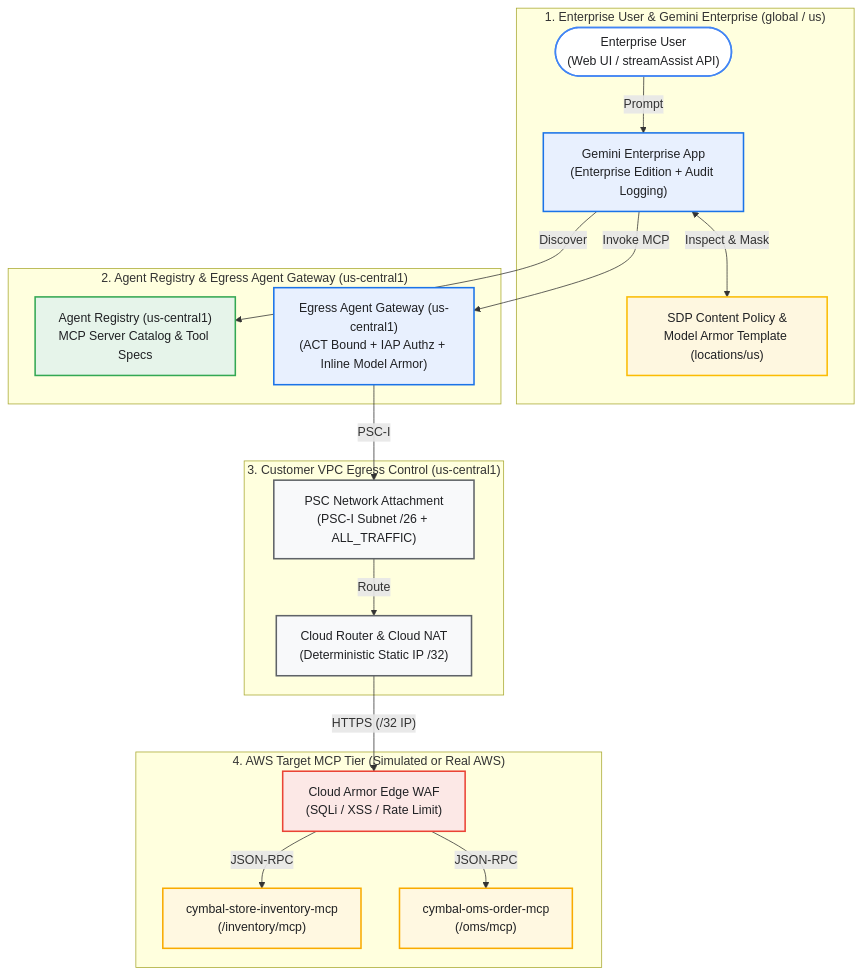
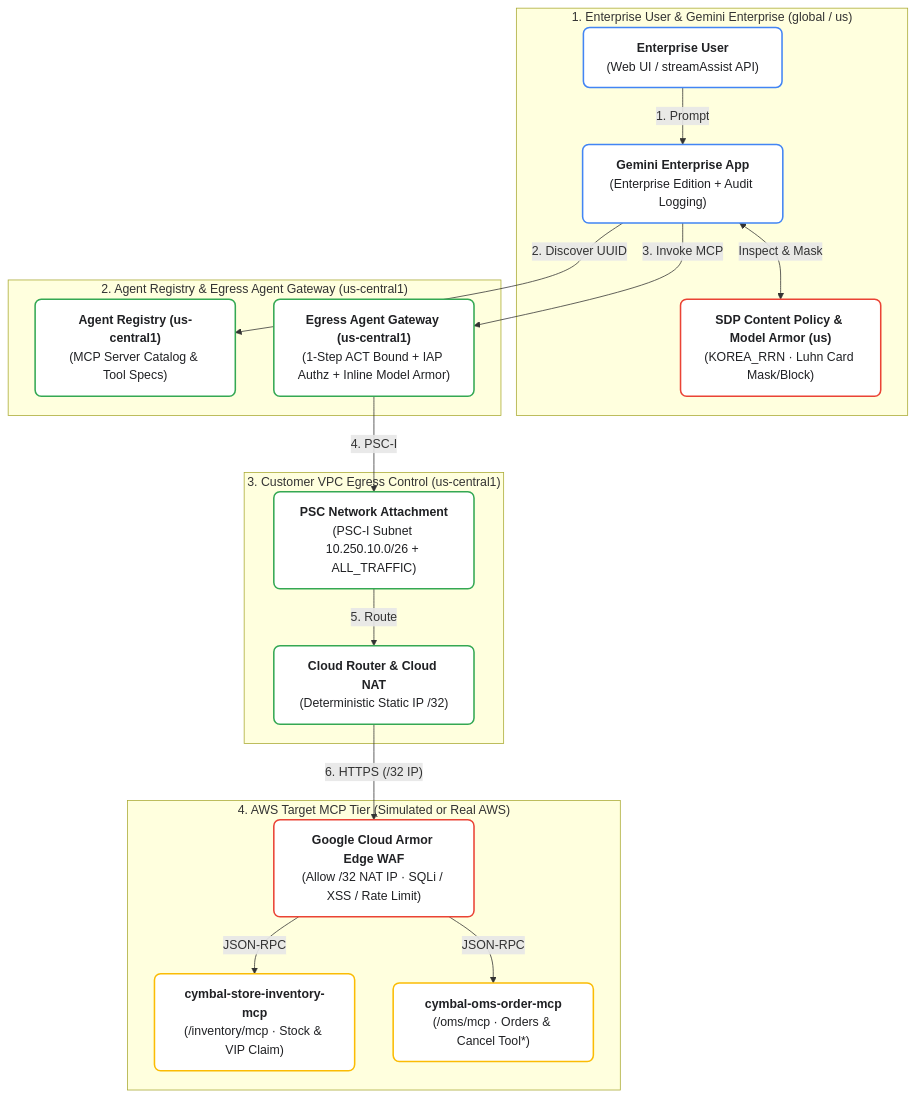
One commit to rhkim77/ge-agent-gateway-mcp changed the diagram in docs/QWIKLABS_HANDS_ON_LAB_GUIDE_KR.md. Above: the diagram before and after it, drawn with Mermaid. The commit also changed other lines of this file and 31 other files, not shown here.

Commit message:
feat(diagrams): upgrade all repository and Qwiklabs diagrams to Official GCP Standard Style (SVG, 2x Retina PNG, Draw.io XML, and Mermaid)

````diff
--- a/docs/QWIKLABS_HANDS_ON_LAB_GUIDE_KR.md
+++ b/docs/QWIKLABS_HANDS_ON_LAB_GUIDE_KR.md
@@ -25,45 +37,39 @@
 ```mermaid
 flowchart TD
+    classDef userCard fill:#FFFFFF,stroke:#4285F4,stroke-width:2px,color:#202124,rx:8px,ry:8px
+    classDef secCard fill:#FFFFFF,stroke:#EA4335,stroke-width:2px,color:#202124,rx:8px,ry:8px
+    classDef govCard fill:#FFFFFF,stroke:#34A853,stroke-width:2px,color:#202124,rx:8px,ry:8px
+    classDef awsCard fill:#FFFFFF,stroke:#FBBC04,stroke-width:2px,color:#202124,rx:8px,ry:8px
+
     subgraph UserLayer["1. Enterprise User & Gemini Enterprise (global / us)"]
-        User(["Enterprise User<br/>(Web UI / streamAssist API)"])
-        GE["Gemini Enterprise App<br/>(Enterprise Edition + Audit Logging)"]
-        SDP["SDP Content Policy &<br/>Model Armor Template (locations/us)"]
+        User["<b>Enterprise User</b><br/>(Web UI / streamAssist API)"]:::userCard
+        GE["<b>Gemini Enterprise App</b><br/>(Enterprise Edition + Audit Logging)"]:::userCard
+        SDP["<b>SDP Content Policy & Model Armor (us)</b><br/>(KOREA_RRN · Luhn Card Mask/Block)"]:::secCard
     end
 
     subgraph GovernanceLayer["2. Agent Registry & Egress Agent Gateway (us-central1)"]
-        AR["Agent Registry (us-central1)<br/>MCP Server Catalog & Tool Specs"]
-        AGW["Egress Agent Gateway (us-central1)<br/>(ACT Bound + IAP Authz + Inline Model Armor)"]
+        AR["<b>Agent Registry (us-central1)</b><br/>(MCP Server Catalog & Tool Specs)"]:::govCard
+        AGW["<b>Egress Agent Gateway (us-central1)</b><br/>(1-Step ACT Bound + IAP Authz + Inline Model Armor)"]:::govCard
     end
 
     subgraph NetworkLayer["3. Customer VPC Egress Control (us-central1)"]
-        PSCI["PSC Network Attachment<br/>(PSC-I Subnet /26 + ALL_TRAFFIC)"]
-        NAT["Cloud Router & Cloud NAT<br/>(Deterministic Static IP /32)"]
+        PSCI["<b>PSC Network Attachment</b><br/>(PSC-I Subnet 10.250.10.0/26 + ALL_TRAFFIC)"]:::govCard
+        NAT["<b>Cloud Router & Cloud NAT</b><br/>(Deterministic Static IP /32)"]:::govCard
     end
 
     subgraph TargetLayer["4. AWS Target MCP Tier (Simulated or Real AWS)"]
-        CA["Cloud Armor Edge WAF<br/>(SQLi / XSS / Rate Limit)"]
-        MCP1["cymbal-store-inventory-mcp<br/>(/inventory/mcp)"]
-        MCP2["cymbal-oms-order-mcp<br/>(/oms/mcp)"]
+        CA["<b>Google Cloud Armor Edge WAF</b><br/>(Allow /32 NAT IP · SQLi / XSS / Rate Limit)"]:::secCard
+        MCP1["<b>cymbal-store-inventory-mcp</b><br/>(/inventory/mcp · Stock & VIP Claim)"]:::awsCard
+        MCP2["<b>cymbal-oms-order-mcp</b><br/>(/oms/mcp · Orders & Cancel Tool*)"]:::awsCard
     end
 
-    User -->|"Prompt"| GE
+    User -->|"1. Prompt"| GE
     GE <-->|"Inspect & Mask"| SDP
-    GE -->|"Discover"| AR
-    GE -->|"Invoke MCP"| AGW
-    AGW -->|"PSC-I"| PSCI
-    PSCI -->|"Route"| NAT
-    NAT -->|"HTTPS (/32 IP)"| CA
+    GE -->|"2. Discover UUID"| AR
+    GE -->|"3. Invoke MCP"| AGW
+    AGW -->|"4. PSC-I"| PSCI
+    PSCI -->|"5. Route"| NAT
+    NAT -->|"6. HTTPS (/32 IP)"| CA
     CA -->|"JSON-RPC"| MCP1
     CA -->|"JSON-RPC"| MCP2
-
-    style User fill:#FFFFFF,stroke:#4285F4,stroke-width:2px,color:#202124
-    style GE fill:#E8F0FE,stroke:#1A73E8,stroke-width:2px,color:#202124
-    style SDP fill:#FEF7E0,stroke:#FBBC04,stroke-width:2px,color:#202124
-    style AR fill:#E6F4EA,stroke:#34A853,stroke-width:2px,color:#202124
-    style AGW fill:#E8F0FE,stroke:#1A73E8,stroke-width:2px,color:#202124
-    style PSCI fill:#F8F9FA,stroke:#5F6368,stroke-width:2px,color:#202124
-    style NAT fill:#F8F9FA,stroke:#5F6368,stroke-width:2px,color:#202124
-    style CA fill:#FCE8E6,stroke:#EA4335,stroke-width:2px,color:#202124
-    style MCP1 fill:#FFF8E1,stroke:#F9AB00,stroke-width:2px,color:#202124
-    style MCP2 fill:#FFF8E1,stroke:#F9AB00,stroke-width:2px,color:#202124
 ```
````
